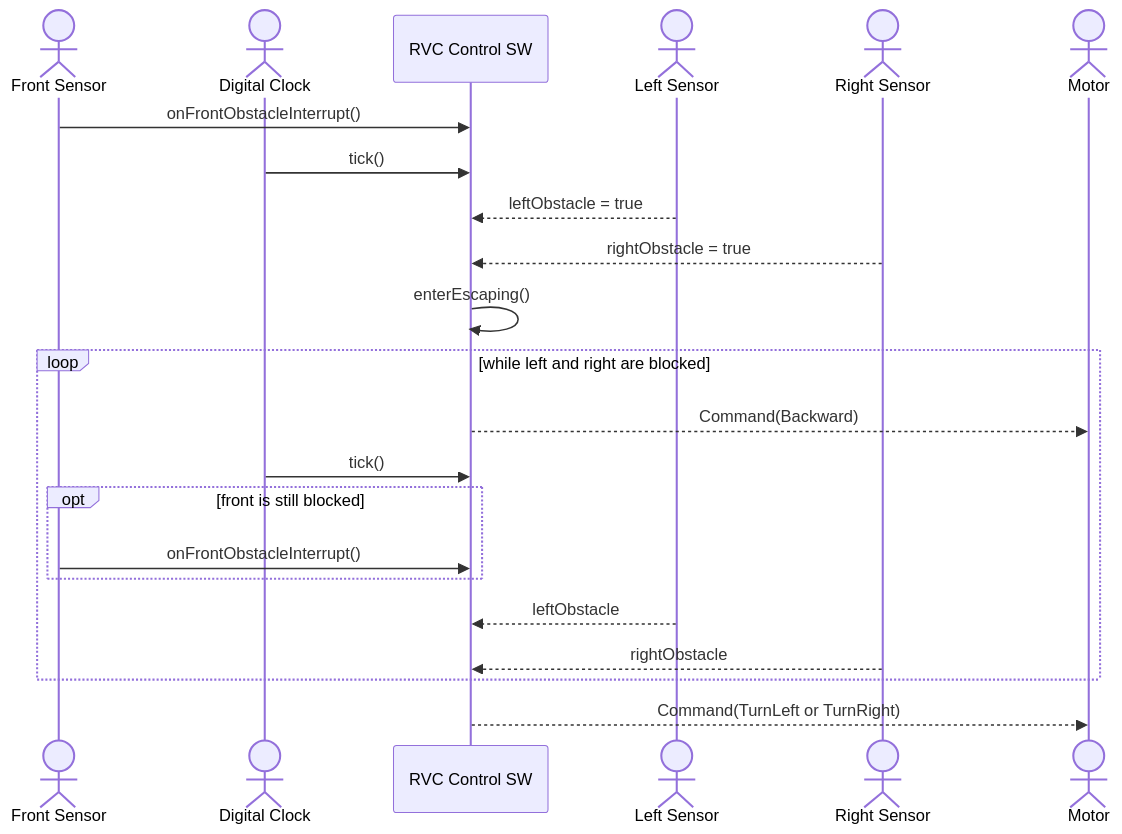
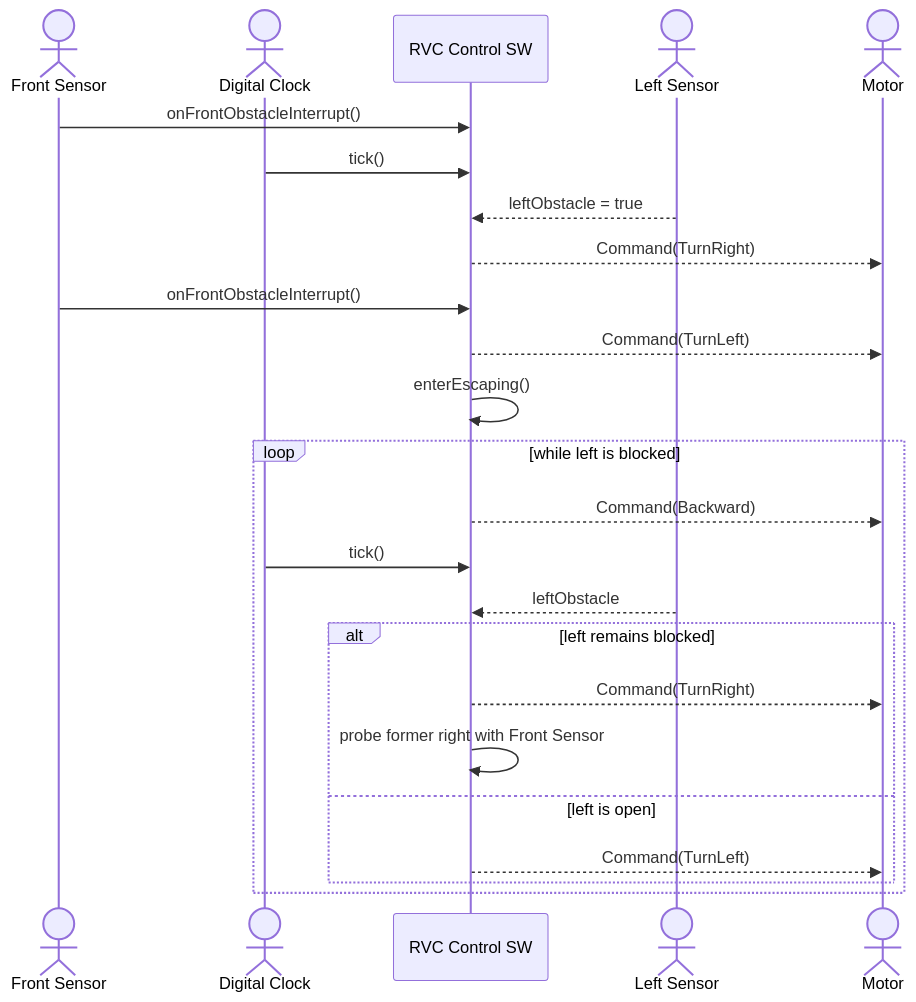
Before and after one commit to reload02/ooad-vibe: the fifth of 7 diagrams in docs/srs.md, drawn with Mermaid. The commit also changed other lines of this file and 21 other files, not shown here.

````diff
--- a/docs/srs.md
+++ b/docs/srs.md
@@ -432,25 +433,27 @@
 ```mermaid
 sequenceDiagram
     actor FrontSensor as Front Sensor
     actor Clock as Digital Clock
     participant System as RVC Control SW
     actor LeftSensor as Left Sensor
-    actor RightSensor as Right Sensor
     actor Motor
 
     FrontSensor->>System: onFrontObstacleInterrupt()
     Clock->>System: tick()
     LeftSensor-->>System: leftObstacle = true
-    RightSensor-->>System: rightObstacle = true
+    System-->>Motor: Command(TurnRight)
+    FrontSensor->>System: onFrontObstacleInterrupt()
+    System-->>Motor: Command(TurnLeft)
     System->>System: enterEscaping()
-    loop while left and right are blocked
+    loop while left is blocked
         System-->>Motor: Command(Backward)
         Clock->>System: tick()
-        opt front is still blocked
-            FrontSensor->>System: onFrontObstacleInterrupt()
+        LeftSensor-->>System: leftObstacle
+        alt left remains blocked
+            System-->>Motor: Command(TurnRight)
+            System->>System: probe former right with Front Sensor
+        else left is open
+            System-->>Motor: Command(TurnLeft)
         end
-        LeftSensor-->>System: leftObstacle
-        RightSensor-->>System: rightObstacle
     end
-    System-->>Motor: Command(TurnLeft or TurnRight)
 ```
````
